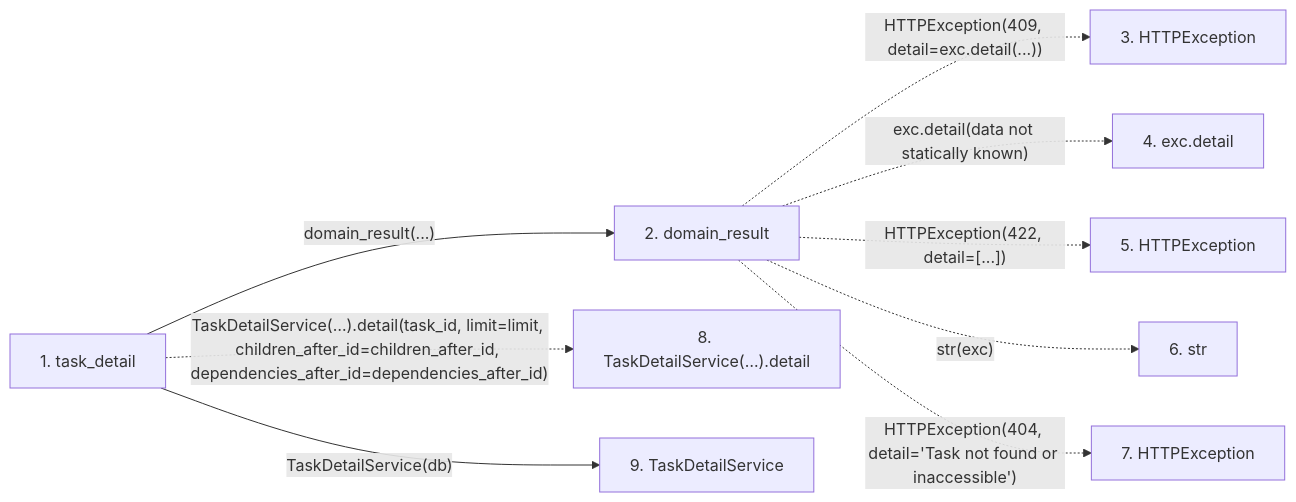
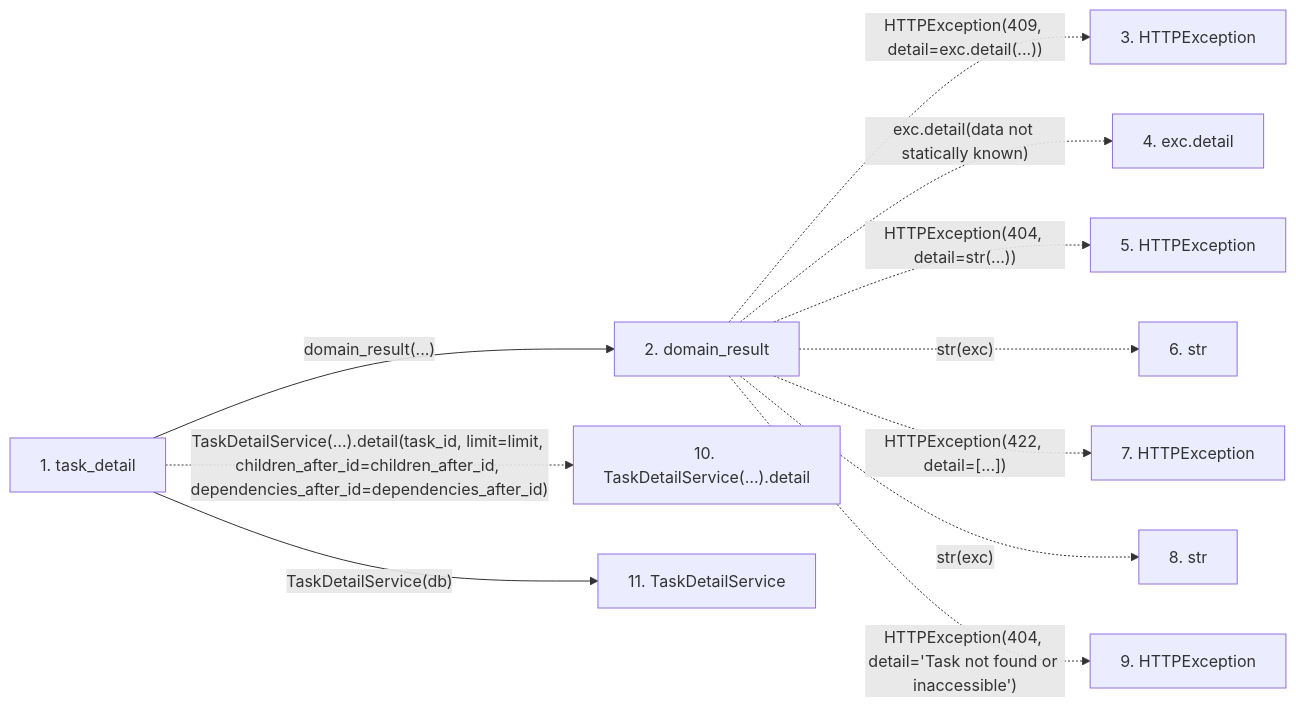
The second of 2 diagrams in docs/llm_wiki/flows/http-task_detail.md (Denissvgn/WorkChord), drawn with Mermaid before and after one commit. The commit also changed other lines of this file and 6624 other files, not shown here.

````diff
--- a/docs/llm_wiki/flows/http-task_detail.md
+++ b/docs/llm_wiki/flows/http-task_detail.md
@@ -32,23 +34,27 @@
 ```mermaid
 flowchart LR
     s1["1. task_detail"]
     s2["2. domain_result"]
     s3["3. HTTPException"]
     s4["4. exc.detail"]
     s5["5. HTTPException"]
     s6["6. str"]
     s7["7. HTTPException"]
-    s8["8. TaskDetailService(…).detail"]
-    s9["9. TaskDetailService"]
+    s8["8. str"]
+    s9["9. HTTPException"]
+    s10["10. TaskDetailService(…).detail"]
+    s11["11. TaskDetailService"]
     s1 -->|"domain_result(...)"| s2
     s2 -. "HTTPException(409, detail=exc.detail(...))" .-> s3
     s2 -. "exc.detail(data not statically known)" .-> s4
-    s2 -. "HTTPException(422, detail=[...])" .-> s5
+    s2 -. "HTTPException(404, detail=str(...))" .-> s5
     s2 -. "str(exc)" .-> s6
-    s2 -. "HTTPException(404, detail='Task not found or inaccessible')" .-> s7
-    s1 -. "TaskDetailService(…).detail(task_id, limit=limit, children_after_id=children_after_id, dependencies_after_id=dependencies_after_id)" .-> s8
-    s1 -->|"TaskDetailService(db)"| s9
+    s2 -. "HTTPException(422, detail=[...])" .-> s7
+    s2 -. "str(exc)" .-> s8
+    s2 -. "HTTPException(404, detail='Task not found or inaccessible')" .-> s9
+    s1 -. "TaskDetailService(…).detail(task_id, limit=limit, children_after_id=children_after_id, dependencies_after_id=dependencies_after_id)" .-> s10
+    s1 -->|"TaskDetailService(db)"| s11
     click s1 "../modules/routers_task_domain.md"
     click s2 "../modules/routers_task_domain.md"
-    click s9 "../modules/task_detail_service.md"
+    click s11 "../modules/task_detail_service.md"
 ```
````
